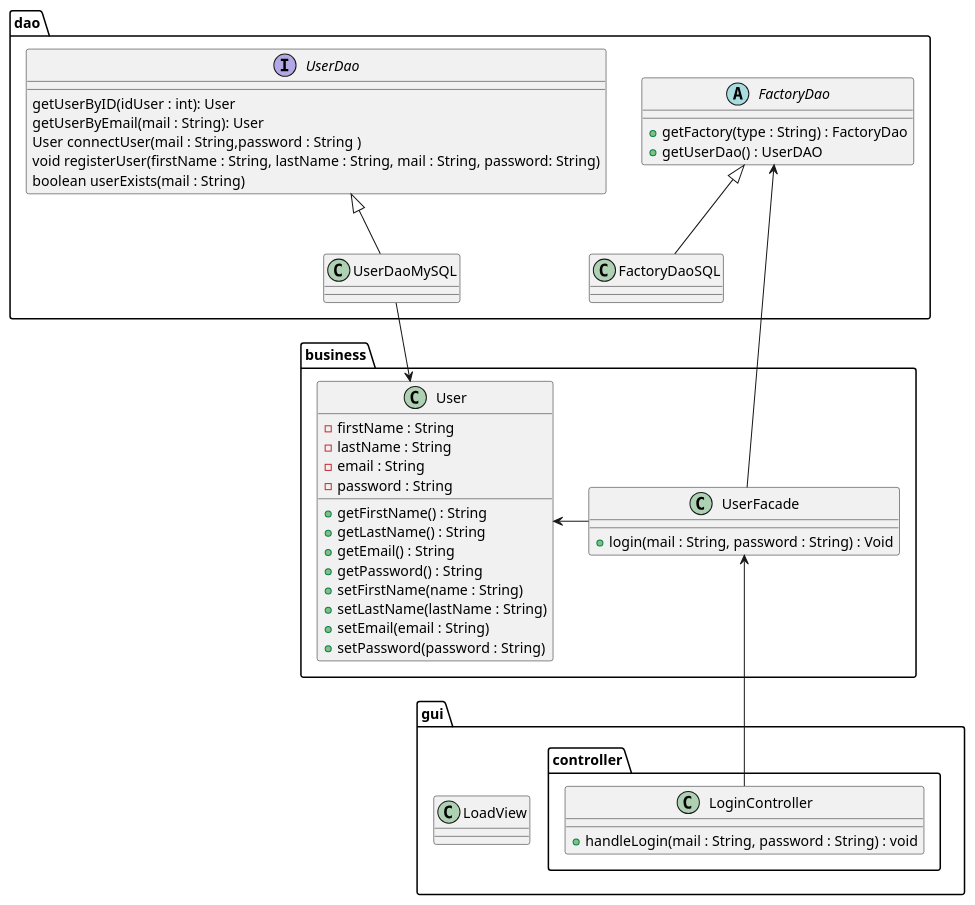
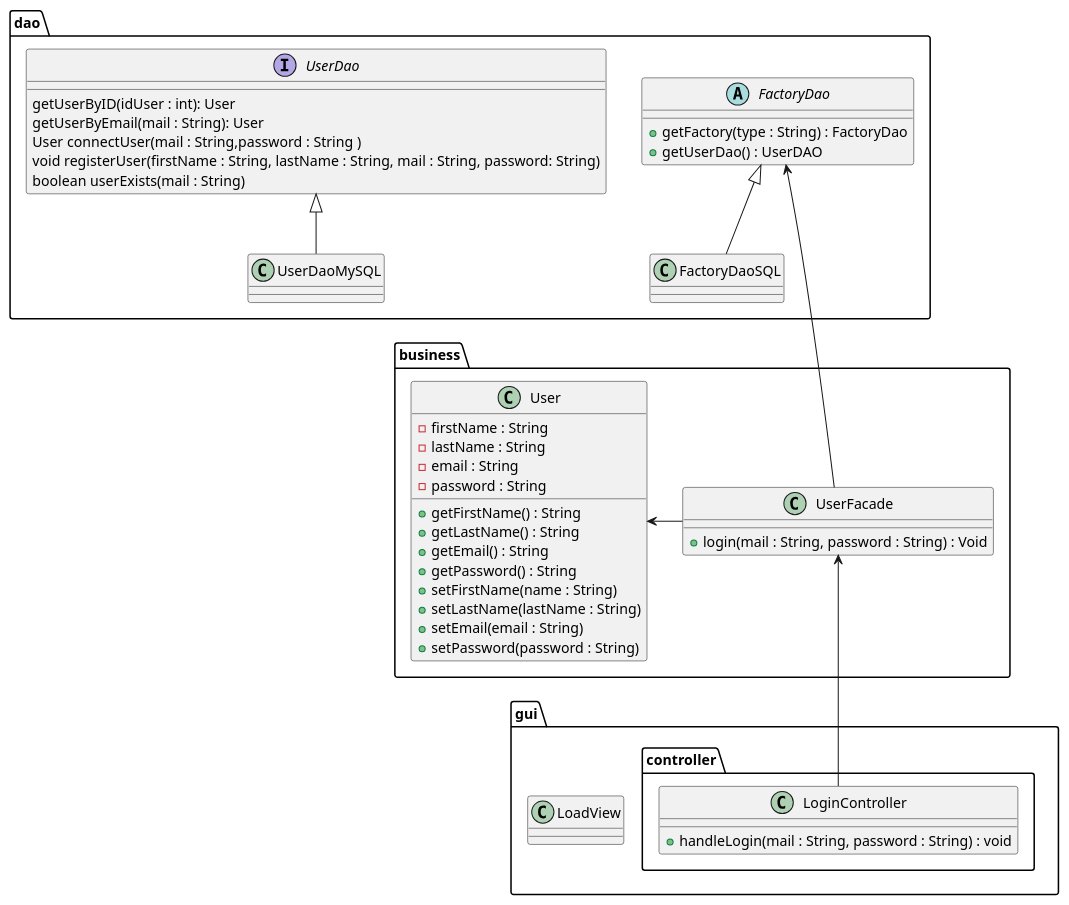
The diagram in documents/diagram/login/loginClass.puml (LaunoisRemy/ToolShare), drawn with PlantUML before and after one commit. The commit also changed 7 other files, not shown here.

```diff
--- a/documents/diagram/login/loginClass.puml
+++ b/documents/diagram/login/loginClass.puml
@@ -1,61 +1,60 @@
 @startuml
 
 package dao {
 
 
     interface UserDao{
         getUserByID(idUser : int): User
         getUserByEmail(mail : String): User
         User connectUser(mail : String,password : String )
         void registerUser(firstName : String, lastName : String, mail : String, password: String)
         boolean userExists(mail : String)
     }
     class UserDaoMySQL
     FactoryDao <|-- FactoryDaoSQL
     UserDao <|-- UserDaoMySQL
 
     abstract FactoryDao{
             + getFactory(type : String) : FactoryDao
             + getUserDao() : UserDAO
     }
 
     class FactoryDaoSQL{
     }
 }
 package business{
     class UserFacade{
         +login(mail : String, password : String) : Void
     }
     class User{
         -firstName : String
         -lastName : String
         -email : String
         -password : String
         +getFirstName() : String
         +getLastName() : String
         +getEmail() : String
         +getPassword() : String
         +setFirstName(name : String)
         +setLastName(lastName : String)
         +setEmail(email : String)
         +setPassword(password : String)
     }
     FactoryDao <--- UserFacade
     User <--Right- UserFacade
-    UserDaoMySQL --> User
 }
 
 package gui{
     class LoadView
     package controller{
         class LoginController{
             + handleLogin(mail : String, password : String) : void
         }
 
     }
 }
 UserFacade <-- LoginController
 
 
 
 @enduml
```
